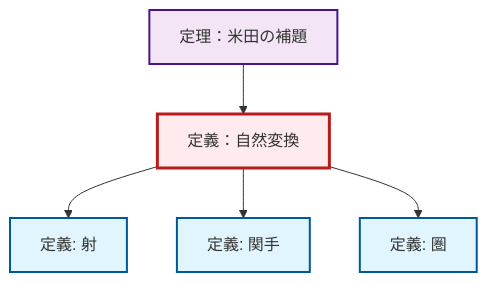
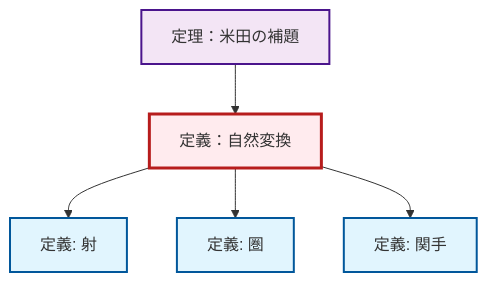
Before and after one commit to RK0429/ModernMath: the diagram in content/ja/category-theory/def-natural-transformation.qmd, drawn with Mermaid. The commit also changed other lines of this file and 1012 other files, not shown here.

````diff
--- a/content/ja/category-theory/def-natural-transformation.qmd
+++ b/content/ja/category-theory/def-natural-transformation.qmd
@@ -60,23 +60,23 @@
 ```{mermaid}
 %%| fig-cap: "Local dependency graph"
 graph TD
     classDef definition fill:#e1f5fe,stroke:#01579b,stroke-width:2px
     classDef theorem fill:#f3e5f5,stroke:#4a148c,stroke-width:2px
     classDef axiom fill:#fff3e0,stroke:#e65100,stroke-width:2px
     classDef example fill:#e8f5e9,stroke:#1b5e20,stroke-width:2px
     classDef current fill:#ffebee,stroke:#b71c1c,stroke-width:3px
+    def-natural-transformation["定義：自然変換"]:::definition
+    thm-yoneda["定理：米田の補題"]:::theorem
     def-category["定義: 圏"]:::definition
-    thm-yoneda["定理：米田の補題"]:::theorem
-    def-natural-transformation["定義：自然変換"]:::definition
+    def-functor["定義: 関手"]:::definition
     def-morphism["定義: 射"]:::definition
-    def-functor["定義: 関手"]:::definition
+    def-natural-transformation --> def-morphism
     thm-yoneda --> def-natural-transformation
-    def-natural-transformation --> def-morphism
+    def-natural-transformation --> def-category
     def-natural-transformation --> def-functor
-    def-natural-transformation --> def-category
     class def-natural-transformation current
+    click thm-yoneda "thm-yoneda.html" "定理：米田の補題へ"
     click def-category "def-category.html" "圏の定義へ"
-    click thm-yoneda "thm-yoneda.html" "定理：米田の補題へ"
+    click def-functor "def-functor.html" "関手の定義へ"
     click def-morphism "def-morphism.html" "射の定義へ"
-    click def-functor "def-functor.html" "関手の定義へ"
 ```
````
